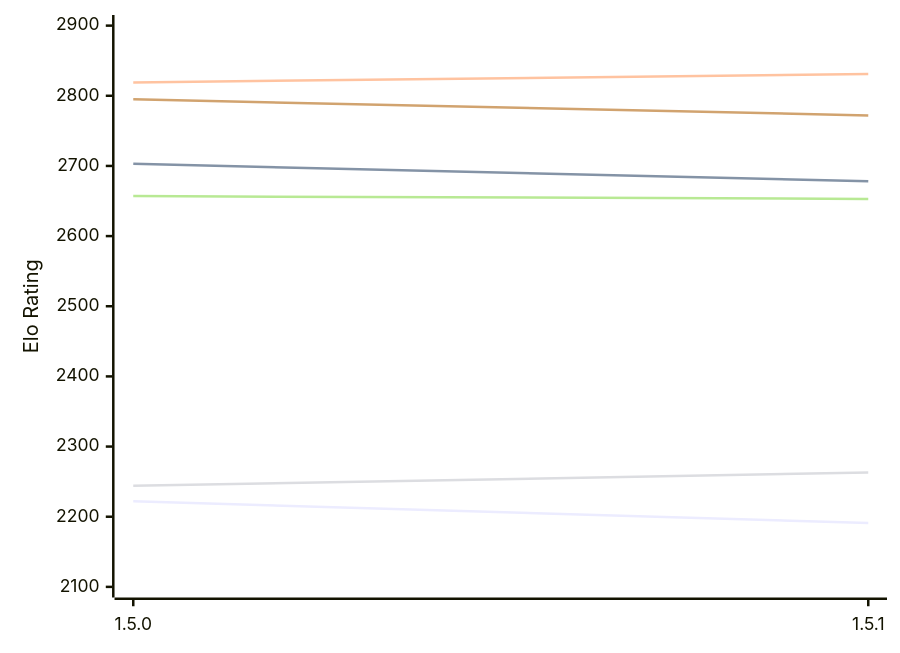
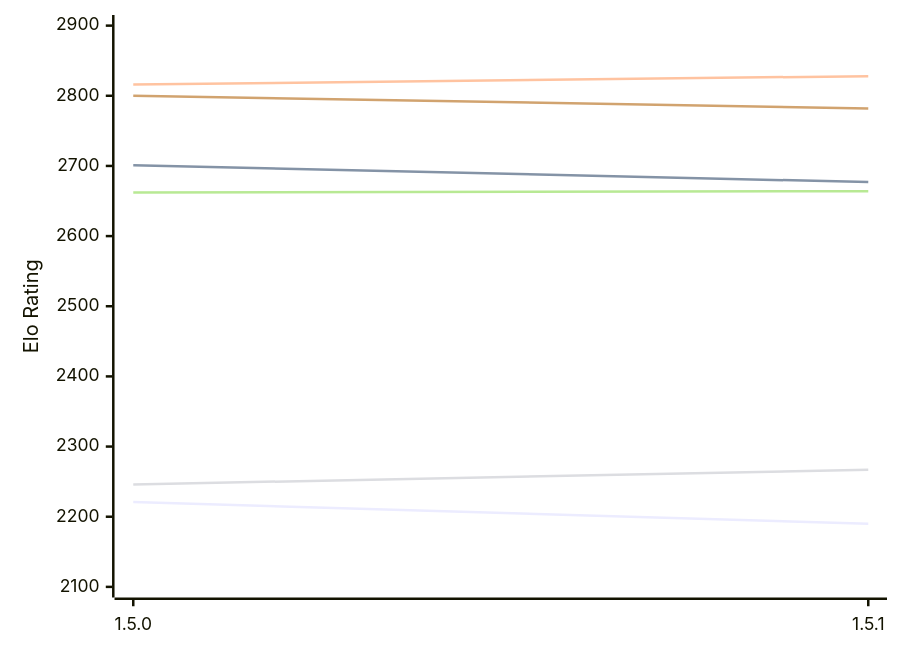
Before and after one commit to computer-chess-index/cci: the first of 2 diagrams in engines/Coco.md, drawn with Mermaid. The commit also changed other lines of this file, not shown here.

Commit message:
Update CCI Ratings (ELO VLTC) - 2026-11-23

````diff
--- a/engines/Coco.md
+++ b/engines/Coco.md
@@ -50,12 +50,12 @@
 ```mermaid
 %%{init: {"theme":"base","themeVariables":{"seriesColors:['#a3a3a3','#222221','#faa371']}}}%%
 xychart-beta
   x-axis ["1.5.0", "1.5.1"]
   y-axis "Elo Rating" 2100 --> 2900
-  line "E1: STC (8.0+0.08s)" [2222, 2191]
-  line "E1: LTC (60.0+0.60s)" [2703, 2678]
-  line "E1: VLTC (2m24s+1.12s)" [2819, 2831]
-  line "P1: STC (8.0+0.08s)" [2244, 2263]
-  line "P1: LTC (60.0+0.60s)" [2657, 2653]
-  line "P1: VLTC (2m24s+1.12s)" [2795, 2772]
+  line "E1: STC (8.0+0.08s)" [2221, 2190]
+  line "E1: LTC (60.0+0.60s)" [2701, 2677]
+  line "E1: VLTC (2m24s+1.12s)" [2816, 2828]
+  line "P1: STC (8.0+0.08s)" [2246, 2267]
+  line "P1: LTC (60.0+0.60s)" [2662, 2664]
+  line "P1: VLTC (2m24s+1.12s)" [2800, 2782]
 ```
````
